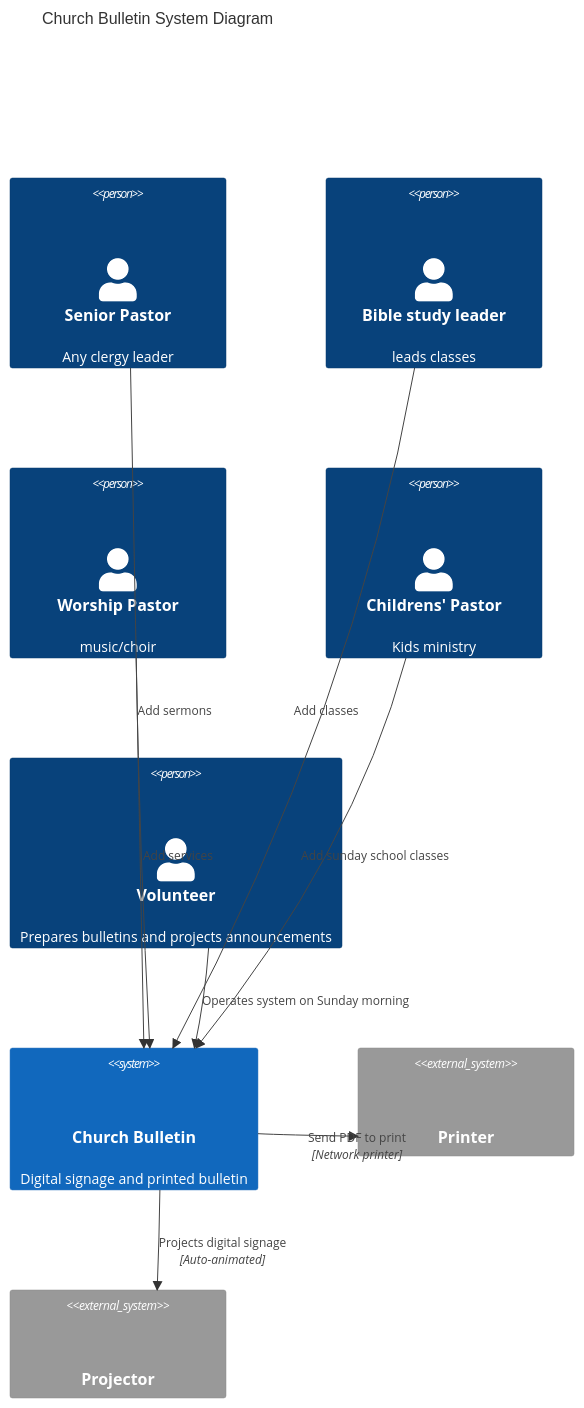
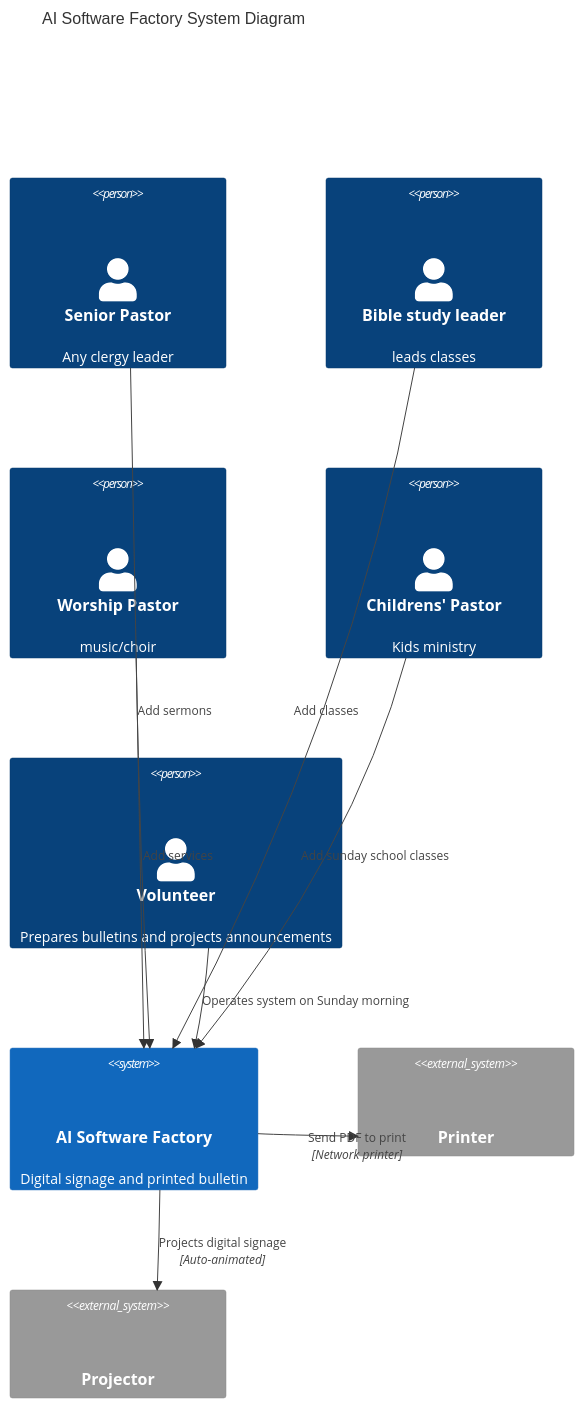
The diagram in arch/arch-c4-system.md (ClearMeasure/alice-v2), drawn with Mermaid before and after one commit. The commit also changed other lines of this file and 21 other files, not shown here.

````diff
--- a/arch/arch-c4-system.md
+++ b/arch/arch-c4-system.md
@@ -5,25 +5,25 @@
 ```mermaid
 C4Context
-  title Church Bulletin System Diagram
+  title AI Software Factory System Diagram
   UpdateLayoutConfig($c4ShapeInRow="3", $c4BoundaryInRow="1")
 
   Person(pastor, "Senior Pastor", "Any clergy leader", "tabler:user")
   Person(biblestudyleader, "Bible study leader", "leads classes", "tabler:users")
   Person(worshipleader, "Worship Pastor", "music/choir", "tabler:music")
   Person(childrenspastor, "Childrens' Pastor", "Kids ministry", "tabler:brand-apple-arcade")
   Person(volunteer, "Volunteer", "Prepares bulletins and projects announcements", "tabler:hand-stop")
 
-  System(churchbulletin, "Church Bulletin", "Digital signage and printed bulletin", "tabler:news")
+  System(churchbulletin, "AI Software Factory", "Digital signage and printed bulletin", "tabler:news")
 
   System_Ext(printer, "Printer", "", "tabler:printer")
   System_Ext(projector, "Projector", "", "tabler:device-tv")
 
   Rel_R(pastor, churchbulletin, "Add sermons")
   Rel_R(biblestudyleader, churchbulletin, "Add classes")
   Rel_R(worshipleader, churchbulletin, "Add services")
   Rel_R(childrenspastor, churchbulletin, "Add sunday school classes")
   Rel_R(volunteer, churchbulletin, "Operates system on Sunday morning")
 
   Rel_R(churchbulletin, printer, "Send PDF to print", "Network printer")
   Rel_R(churchbulletin, projector, "Projects digital signage", "Auto-animated")
 ```
````
